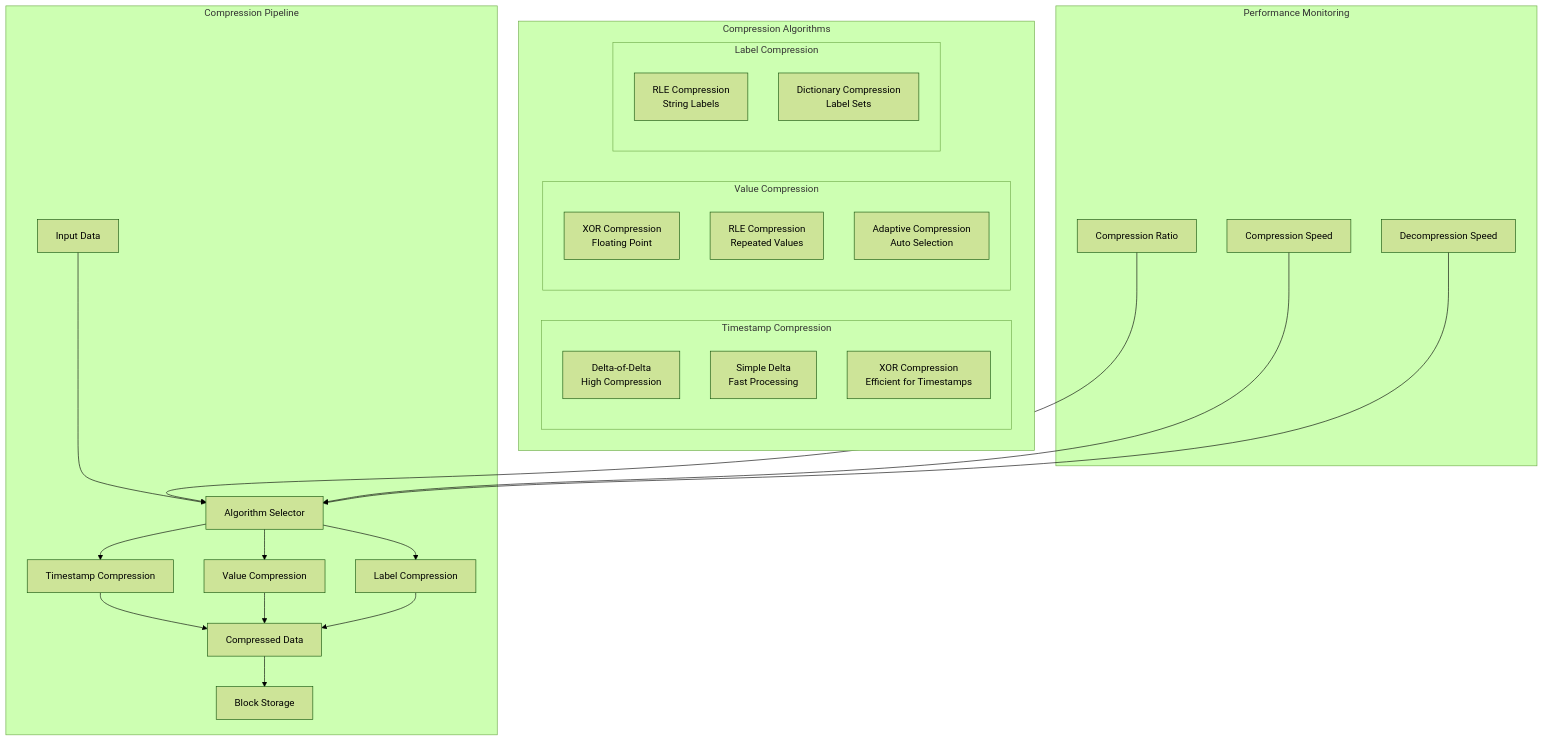
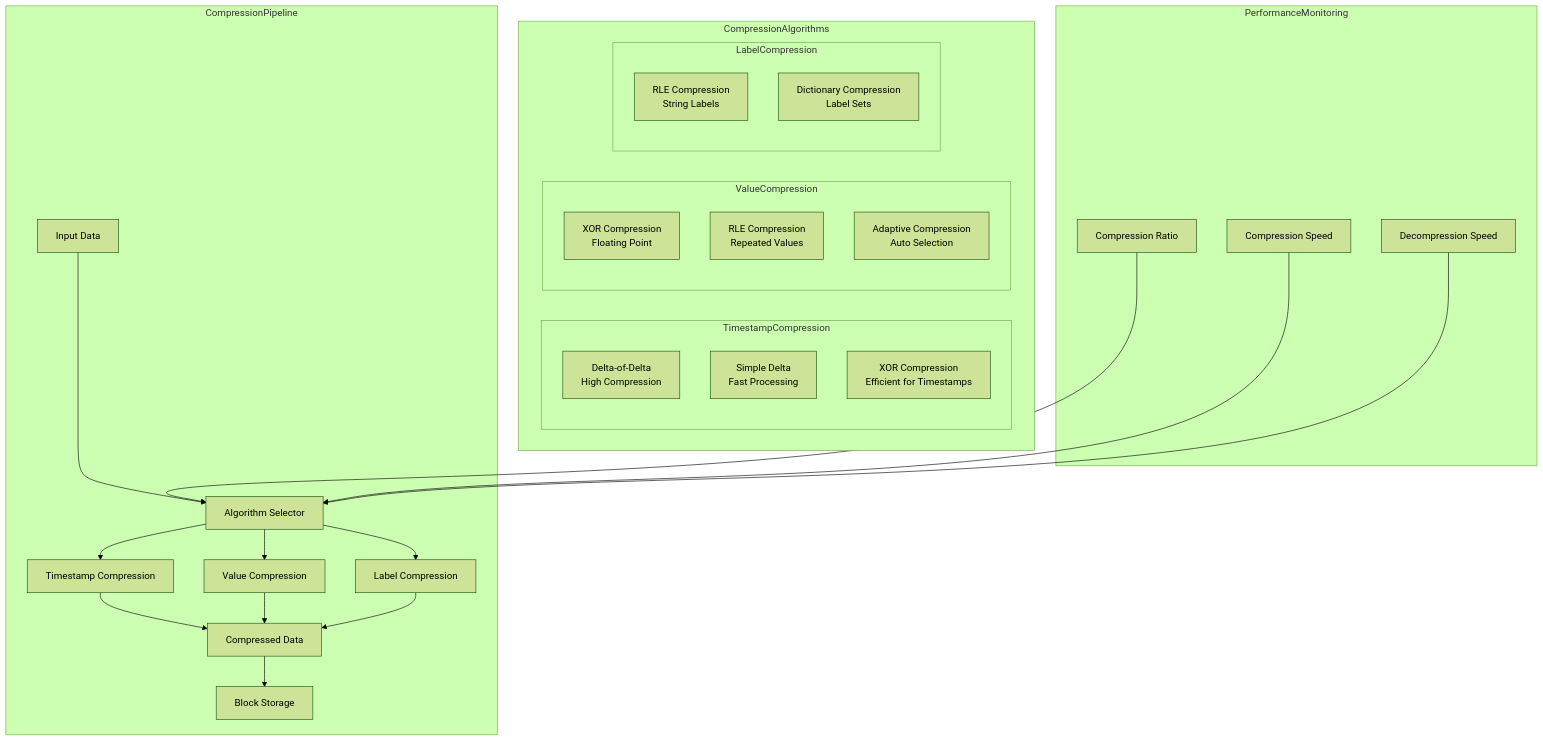
One commit to vobbilis/mytsdb changed the sixth of 12 diagrams in diagrams.md. Above: the diagram before and after it, drawn with Mermaid (forest theme). The commit also changed other lines of this file, not shown here.

Commit message:
Fix Mermaid syntax errors in diagrams.md - remove parentheses and spaces from subgraph names

````diff
--- a/diagrams.md
+++ b/diagrams.md
@@ -254,40 +254,40 @@
 ```mermaid
 graph TB
-    subgraph Compression Algorithms
-        subgraph Timestamp Compression
+    subgraph CompressionAlgorithms
+        subgraph TimestampCompression
             DeltaOfDelta[Delta-of-Delta<br/>High Compression]
             SimpleDelta[Simple Delta<br/>Fast Processing]
             XOR[XOR Compression<br/>Efficient for Timestamps]
         end
         
-        subgraph Value Compression
+        subgraph ValueCompression
             XORValue[XOR Compression<br/>Floating Point]
             RLEValue[RLE Compression<br/>Repeated Values]
             AdaptiveValue[Adaptive Compression<br/>Auto Selection]
         end
         
-        subgraph Label Compression
+        subgraph LabelCompression
             RLELabel[RLE Compression<br/>String Labels]
             DictionaryLabel[Dictionary Compression<br/>Label Sets]
         end
     end
     
-    subgraph Compression Pipeline
+    subgraph CompressionPipeline
         InputData[Input Data] --> AlgorithmSelector[Algorithm Selector]
         AlgorithmSelector --> TimestampComp[Timestamp Compression]
         AlgorithmSelector --> ValueComp[Value Compression]
         AlgorithmSelector --> LabelComp[Label Compression]
         
         TimestampComp --> CompressedData[Compressed Data]
         ValueComp --> CompressedData
         LabelComp --> CompressedData
         
         CompressedData --> BlockStorage[Block Storage]
     end
     
-    subgraph Performance Monitoring
+    subgraph PerformanceMonitoring
         CompressionRatio[Compression Ratio] --> AlgorithmSelector
         CompressionSpeed[Compression Speed] --> AlgorithmSelector
         DecompressionSpeed[Decompression Speed] --> AlgorithmSelector
     end
 ```
````
